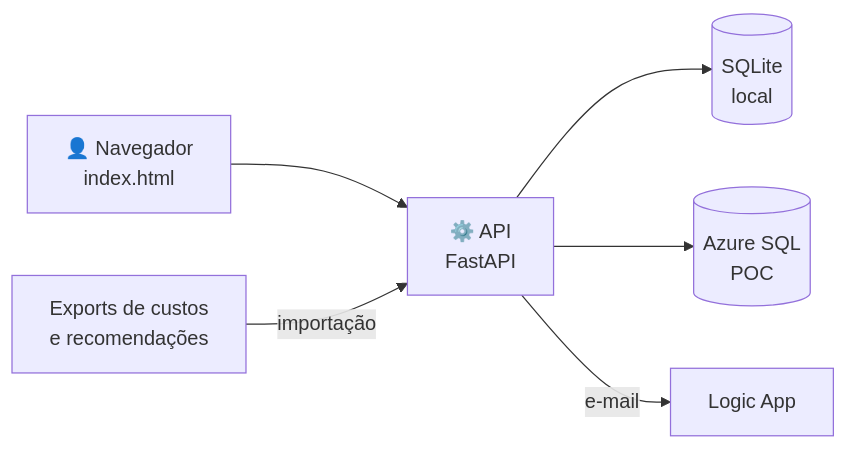
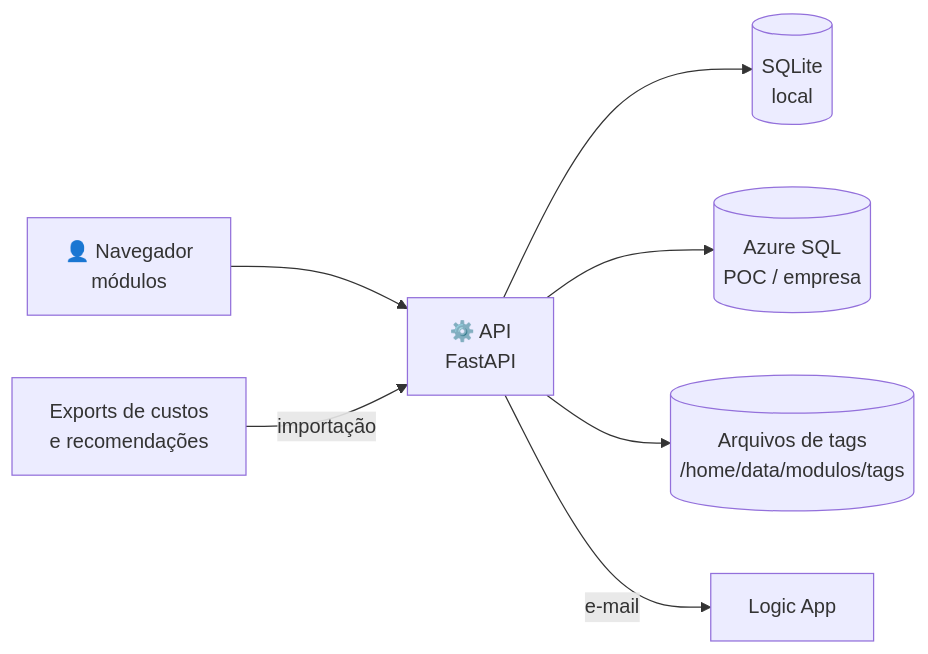
The diagram in README.md (wellingtonvagetti/governanca-tags-dashboard), drawn with Mermaid before and after one commit. The commit also changed other lines of this file and 27 other files, not shown here.

````diff
--- a/README.md
+++ b/README.md
@@ -45,8 +56,9 @@
 ```mermaid
 flowchart LR
-    U["👤 Navegador<br/>index.html"] --> A["⚙️ API<br/>FastAPI"]
+    U["👤 Navegador<br/>módulos"] --> A["⚙️ API<br/>FastAPI"]
     A --> L[("SQLite<br/>local")]
-    A --> Z[("Azure SQL<br/>POC")]
+    A --> Z[("Azure SQL<br/>POC / empresa")]
+    A --> T[("Arquivos de tags<br/>/home/data/modulos/tags")]
     A -->|e-mail| G["Logic App"]
     C["Exports de custos<br/>e recomendações"] -->|importação| A
 ```
````
